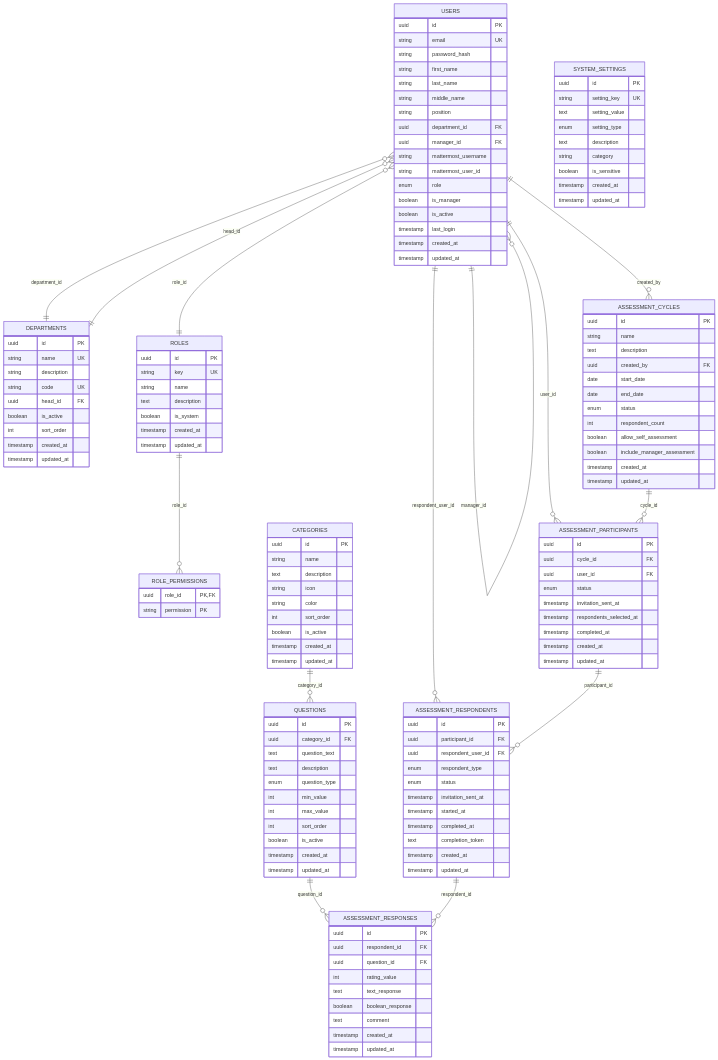
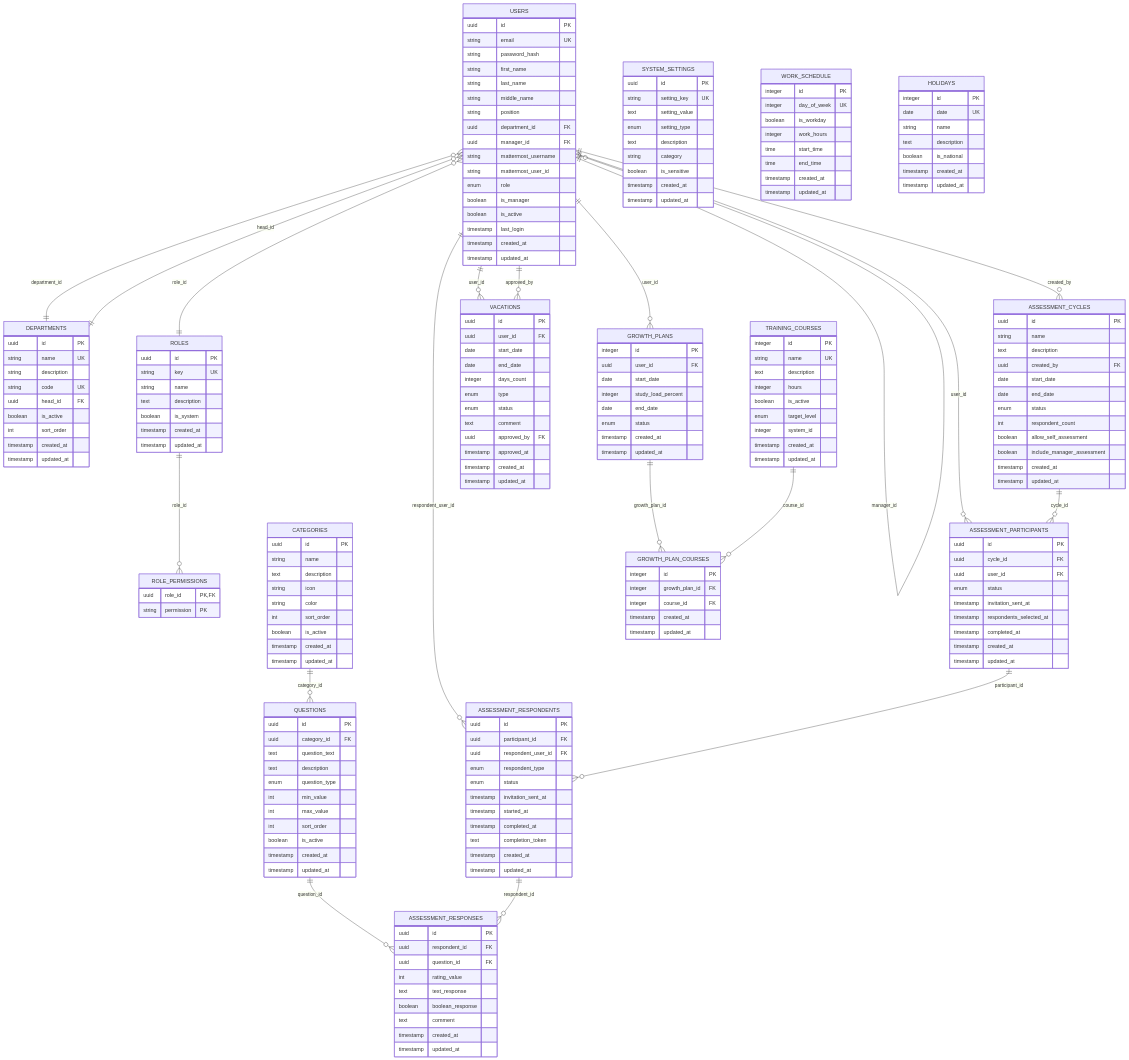
One commit to chastnik/360 changed the second of 9 diagrams in README.md. Above: the diagram before and after it, drawn with Mermaid. The commit also changed other lines of this file, not shown here.

````diff
--- a/README.md
+++ b/README.md
@@ -243,6 +254,73 @@
     timestamp created_at
     timestamp updated_at
   }
+  
+  VACATIONS {
+    uuid id PK
+    uuid user_id FK
+    date start_date
+    date end_date
+    integer days_count
+    enum type
+    enum status
+    text comment
+    uuid approved_by FK
+    timestamp approved_at
+    timestamp created_at
+    timestamp updated_at
+  }
+  
+  WORK_SCHEDULE {
+    integer id PK
+    integer day_of_week UK
+    boolean is_workday
+    integer work_hours
+    time start_time
+    time end_time
+    timestamp created_at
+    timestamp updated_at
+  }
+  
+  HOLIDAYS {
+    integer id PK
+    date date UK
+    string name
+    text description
+    boolean is_national
+    timestamp created_at
+    timestamp updated_at
+  }
+  
+  TRAINING_COURSES {
+    integer id PK
+    string name UK
+    text description
+    integer hours
+    boolean is_active
+    enum target_level
+    integer system_id
+    timestamp created_at
+    timestamp updated_at
+  }
+  
+  GROWTH_PLANS {
+    integer id PK
+    uuid user_id FK
+    date start_date
+    integer study_load_percent
+    date end_date
+    enum status
+    timestamp created_at
+    timestamp updated_at
+  }
+  
+  GROWTH_PLAN_COURSES {
+    integer id PK
+    integer growth_plan_id FK
+    integer course_id FK
+    timestamp created_at
+    timestamp updated_at
+  }
 
   %% Relationships
   USERS ||--o{ USERS : "manager_id"
@@ -250,6 +328,9 @@
   USERS ||--o{ ASSESSMENT_CYCLES : "created_by"
   USERS ||--o{ ASSESSMENT_PARTICIPANTS : "user_id"
   USERS ||--o{ ASSESSMENT_RESPONDENTS : "respondent_user_id"
+  USERS ||--o{ VACATIONS : "user_id"
+  USERS ||--o{ VACATIONS : "approved_by"
+  USERS ||--o{ GROWTH_PLANS : "user_id"
   
   DEPARTMENTS ||--o{ USERS : "head_id"
   
@@ -262,4 +343,7 @@
   CATEGORIES ||--o{ QUESTIONS : "category_id"
   QUESTIONS ||--o{ ASSESSMENT_RESPONSES : "question_id"
   ASSESSMENT_RESPONDENTS ||--o{ ASSESSMENT_RESPONSES : "respondent_id"
+  
+  GROWTH_PLANS ||--o{ GROWTH_PLAN_COURSES : "growth_plan_id"
+  TRAINING_COURSES ||--o{ GROWTH_PLAN_COURSES : "course_id"
 ```
````
